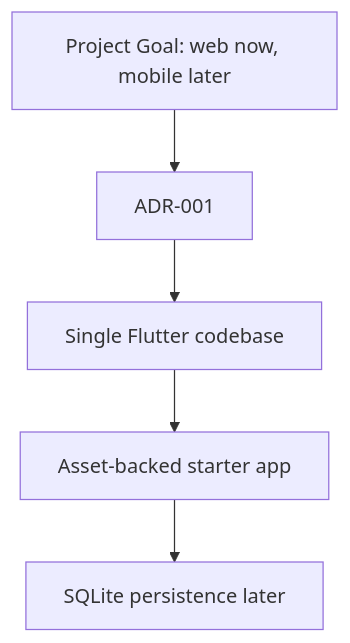
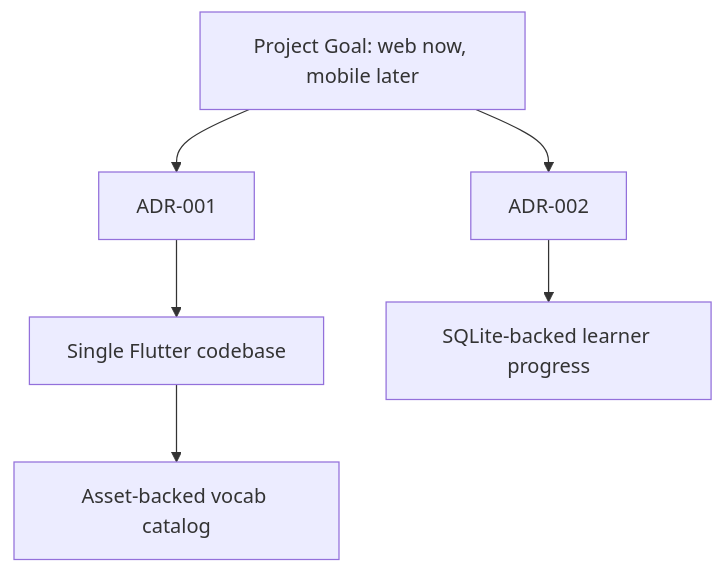
Before and after one commit to desertSniper87/vocab-hill: the diagram in docs/2-architecture/decisions/README.md, drawn with Mermaid. The commit also changed other lines of this file and 13 other files, not shown here.

````diff
--- a/docs/2-architecture/decisions/README.md
+++ b/docs/2-architecture/decisions/README.md
@@ -11,7 +12,8 @@
 ```mermaid
 flowchart TD
     A["Project Goal: web now, mobile later"] --> B["ADR-001"]
+    A --> E["ADR-002"]
     B --> C["Single Flutter codebase"]
-    C --> D["Asset-backed starter app"]
-    D --> E["SQLite persistence later"]
+    C --> D["Asset-backed vocab catalog"]
+    E --> F["SQLite-backed learner progress"]
 ```
````
